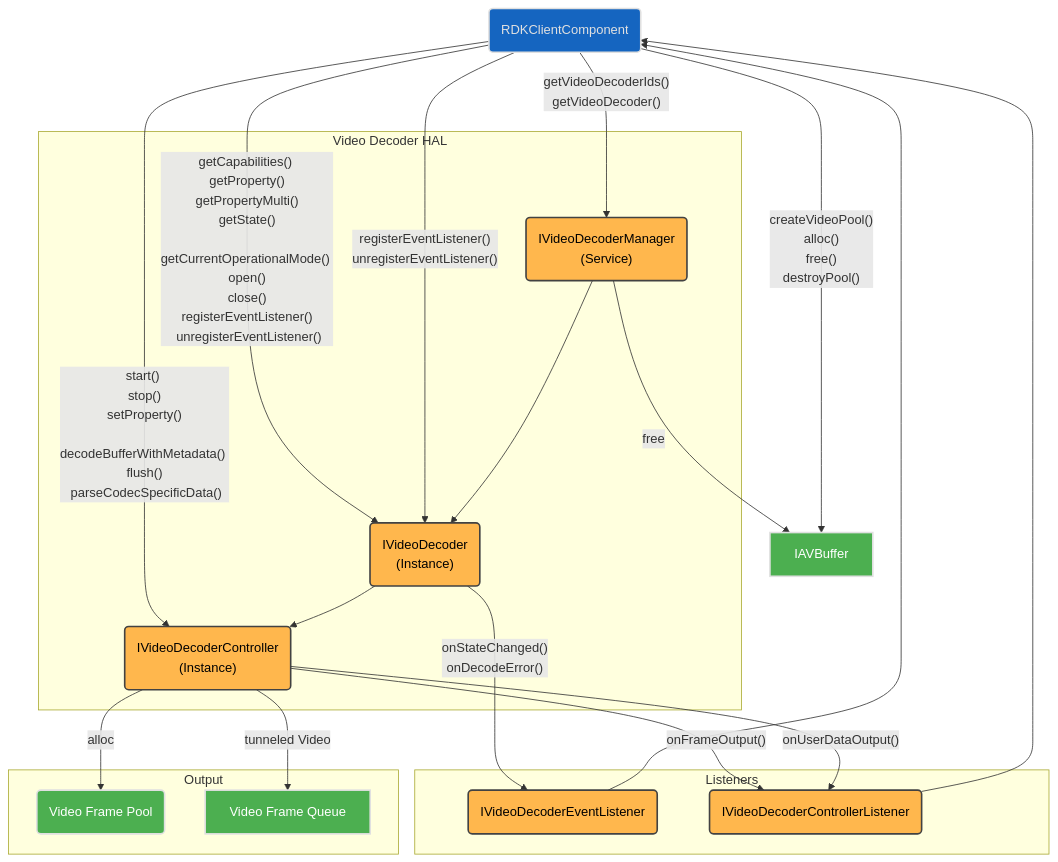
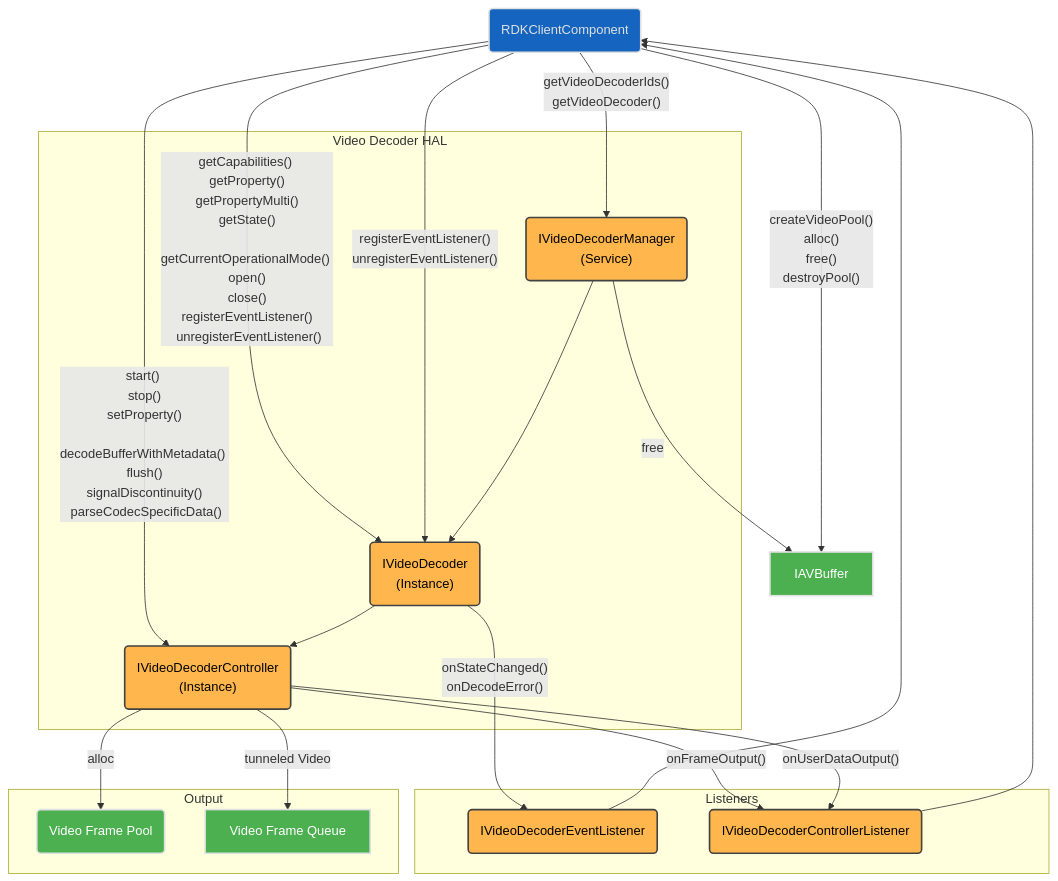
The first of 3 diagrams in videodecoder/current/docs/video_decoder.md (rdkcentral/rdk-halif-aidl), drawn with Mermaid before and after one commit. The commit also changed other lines of this file and 7 other files, not shown here.

First line of the commit message:
feat(audiodecoder,videodecoder)!: remove InputBufferMetadata.discontinuity, keep signalDiscontinuity() (#706)

````diff
--- a/videodecoder/current/docs/video_decoder.md
+++ b/videodecoder/current/docs/video_decoder.md
@@ -102,48 +102,48 @@
 ```mermaid
 flowchart TD
     RDKClientComponent("RDKClientComponent")
     subgraph Listeners["Listeners"]
         IVideoDecoderEventListener("IVideoDecoderEventListener")
         IVideoDecoderControllerListener("IVideoDecoderControllerListener")
     end
     subgraph IVideoDecoderHAL["Video Decoder HAL"]
         IVideoDecoderManager("IVideoDecoderManager <br>(Service)")
         IVideoDecoder("IVideoDecoder <br>(Instance)")
         IVideoDecoderController("IVideoDecoderController <br>(Instance)")
     end
     subgraph OutputComponents["Output"]
         VideoFramePool("Video Frame Pool")
         VideoFrameQueue["Video Frame Queue"]
     end
     RDKClientComponent -- createVideoPool() <br> alloc() <br> free() <br> destroyPool() --> IAVBuffer
     RDKClientComponent -- getVideoDecoderIds() <br> getVideoDecoder() --> IVideoDecoderManager
     RDKClientComponent -- getCapabilities() <br> getProperty() <br> getPropertyMulti() <br> getState() <br> getCurrentOperationalMode() <br> open() <br> close() <br> registerEventListener() <br> unregisterEventListener()--> IVideoDecoder
     RDKClientComponent -- registerEventListener() <br> unregisterEventListener() --> IVideoDecoder
-    RDKClientComponent -- start() <br> stop() <br> setProperty() <br> decodeBufferWithMetadata() <br> flush() <br> parseCodecSpecificData() --> IVideoDecoderController
+    RDKClientComponent -- start() <br> stop() <br> setProperty() <br> decodeBufferWithMetadata() <br> flush() <br> signalDiscontinuity() <br> parseCodecSpecificData() --> IVideoDecoderController
     IVideoDecoderManager --> IVideoDecoder --> IVideoDecoderController
     IVideoDecoder -- onStateChanged() <br> onDecodeError() --> IVideoDecoderEventListener
     IVideoDecoderEventListener --> RDKClientComponent
     IVideoDecoderControllerListener --> RDKClientComponent
     IVideoDecoderController -- onFrameOutput() --> IVideoDecoderControllerListener
     IVideoDecoderController -- onUserDataOutput() --> IVideoDecoderControllerListener
     IVideoDecoderController -- alloc --> VideoFramePool
     IVideoDecoderManager -- free --> IAVBuffer
     IVideoDecoderController -- tunneled Video --> VideoFrameQueue
 
     classDef background fill:#121212,stroke:none,color:#E0E0E0;
     classDef blue fill:#1565C0,stroke:#E0E0E0,stroke-width:2px,color:#E0E0E0;
     classDef lightGrey fill:#616161,stroke:#E0E0E0,stroke-width:2px,color:#FFFFFF;
     classDef wheat fill:#FFB74D,stroke:#424242,stroke-width:2px,color:#000000;
     classDef green fill:#4CAF50,stroke:#E0E0E0,stroke-width:2px,color:#FFFFFF;
     classDef default fill:#1E1E1E,stroke:#E0E0E0,stroke-width:1px,color:#E0E0E0;
 
     RDKClientComponent:::blue
     IVideoDecoderManager:::wheat
     IVideoDecoderController:::wheat
     IVideoDecoder:::wheat
     IAVBuffer:::green
     IVideoDecoderControllerListener:::wheat
     IVideoDecoderEventListener:::wheat
     VideoFramePool:::green
     VideoFrameQueue:::green
 ```
````
